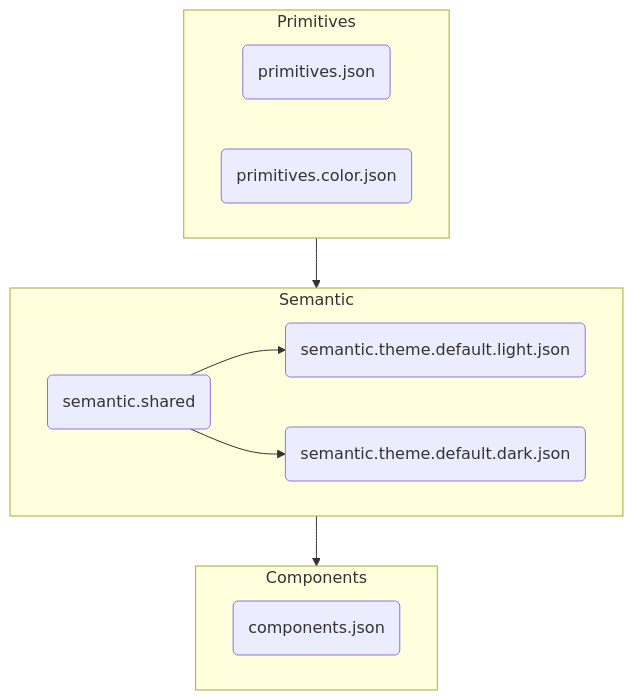
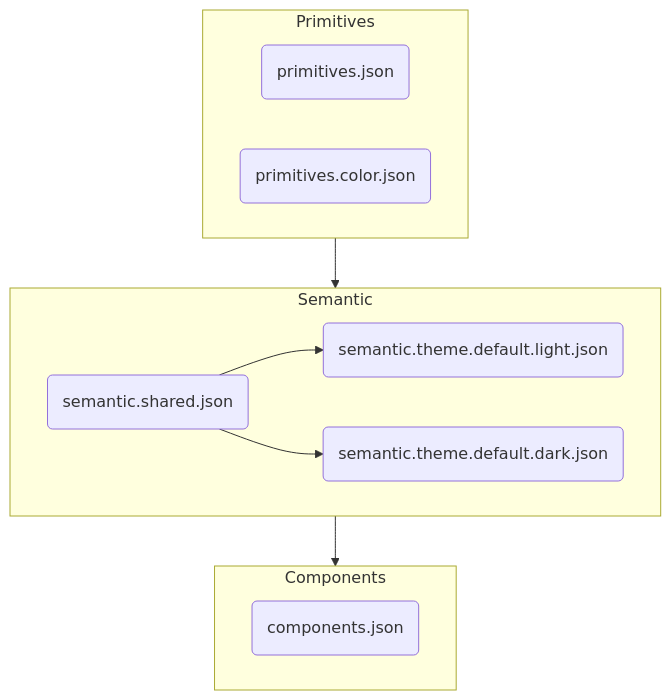
Before and after one commit to vizualization-lab/cobalt-design-system: the diagram in packages/docs/tokens/structure.md, drawn with Mermaid. The commit also changed 1 other file, not shown here.

Commit message:
fix(docs): use Inter font family in mermaid diagrams and fix structure typo
Set fontFamily in Mermaid themeVariables so diagrams measure and render
with the same font, preventing text overflow. Fix missing .json
extension in token structure mermaid diagram.

````diff
--- a/packages/docs/tokens/structure.md
+++ b/packages/docs/tokens/structure.md
@@ -16,25 +16,25 @@
 ```mermaid
 flowchart TD
 
 
 subgraph Primitives["Primitives"]
 p("primitives.json")
 pc("primitives.color.json")
 end
 
 subgraph Semantic["Semantic"]
-ss(semantic.shared)
+ss(semantic.shared.json)
 stl("semantic.theme.default.light.json")
 st("semantic.theme.default.dark.json")
 ss-->stl
 ss-->st
 end
 
 
 subgraph Components["Components"]
 c("components.json")
 end
 
 Primitives-->Semantic
 Semantic-->Components
 ```
````
